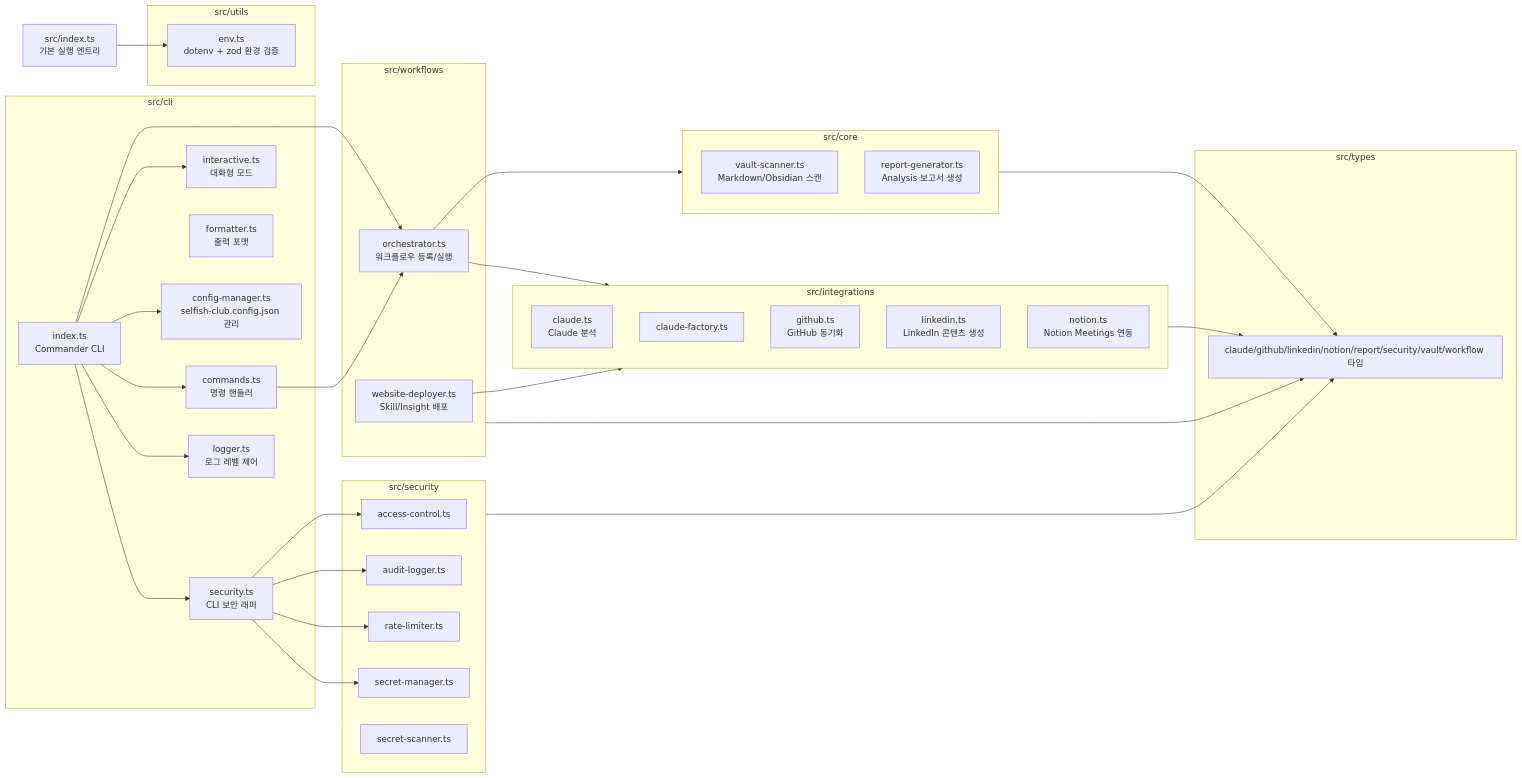
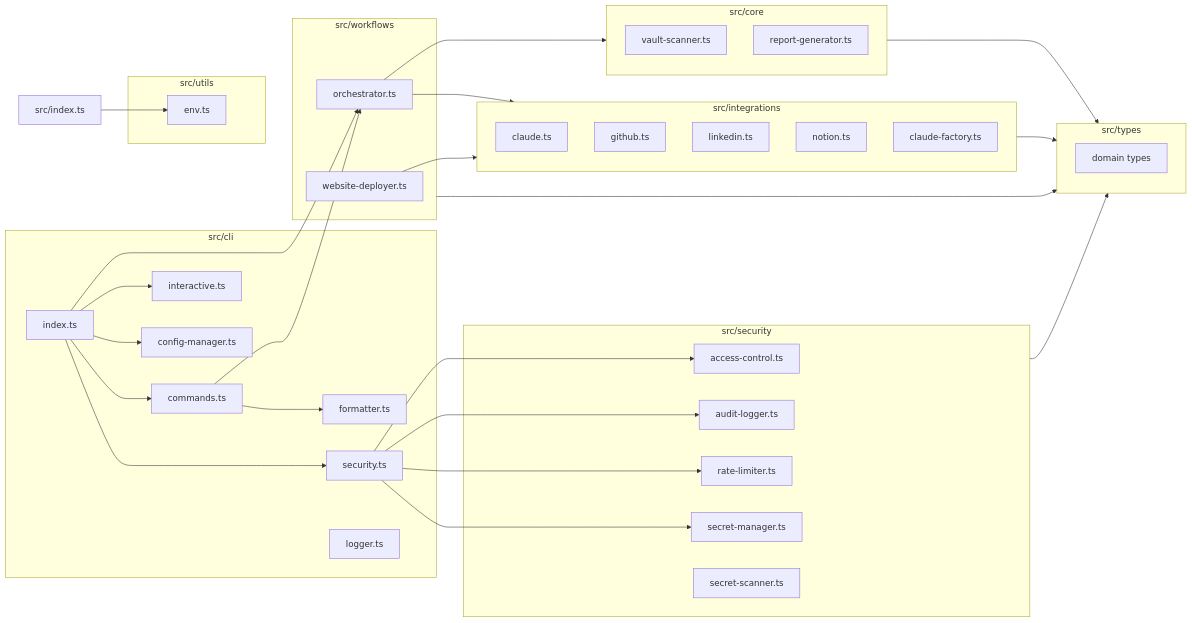
Before and after one commit to pandol69kim-bot/gitautopipe: the second of 4 diagrams in 프로젝트 전체 구조도.md, drawn with Mermaid. The commit also changed other lines of this file and 11 other files, not shown here.

First line of the commit message:
docs: Add initial project documentation including API design, ERD, flow charts, WBS, and meeting notes

````diff
--- a/프로젝트 전체 구조도.md
+++ b/프로젝트 전체 구조도.md
@@ -44,68 +35,72 @@
 ```mermaid
 flowchart LR
-  Index["src/index.ts<br/>기본 실행 엔트리"]
+  Entry["src/index.ts"]
 
   subgraph CLI["src/cli"]
-    CliIndex["index.ts<br/>Commander CLI"]
-    Commands["commands.ts<br/>명령 핸들러"]
-    Interactive["interactive.ts<br/>대화형 모드"]
-    Formatter["formatter.ts<br/>출력 포맷"]
-    ConfigManager["config-manager.ts<br/>selfish-club.config.json 관리"]
-    CliSecurity["security.ts<br/>CLI 보안 래퍼"]
-    Logger["logger.ts<br/>로그 레벨 제어"]
+    CLIIndex["index.ts"]
+    Commands["commands.ts"]
+    Interactive["interactive.ts"]
+    Formatter["formatter.ts"]
+    ConfigManager["config-manager.ts"]
+    CLISecurity["security.ts"]
+    Logger["logger.ts"]
   end
 
   subgraph Core["src/core"]
-    VaultScanner["vault-scanner.ts<br/>Markdown/Obsidian 스캔"]
-    ReportGenerator["report-generator.ts<br/>Analysis 보고서 생성"]
+    Vault["vault-scanner.ts"]
+    Report["report-generator.ts"]
   end
 
   subgraph Integrations["src/integrations"]
-    Claude["claude.ts<br/>Claude 분석"]
+    Claude["claude.ts"]
+    GitHub["github.ts"]
+    LinkedIn["linkedin.ts"]
+    Notion["notion.ts"]
     ClaudeFactory["claude-factory.ts"]
-    GitHub["github.ts<br/>GitHub 동기화"]
-    LinkedIn["linkedin.ts<br/>LinkedIn 콘텐츠 생성"]
-    Notion["notion.ts<br/>Notion Meetings 연동"]
   end
 
   subgraph Workflows["src/workflows"]
-    Orchestrator["orchestrator.ts<br/>워크플로우 등록/실행"]
-    Deployer["website-deployer.ts<br/>Skill/Insight 배포"]
+    Orchestrator["orchestrator.ts"]
+    Deployer["website-deployer.ts"]
   end
 
   subgraph Security["src/security"]
     Access["access-control.ts"]
     Audit["audit-logger.ts"]
     Rate["rate-limiter.ts"]
-    SecretManager["secret-manager.ts"]
-    SecretScanner["secret-scanner.ts"]
+    Secrets["secret-manager.ts"]
+    Scanner["secret-scanner.ts"]
   end
 
   subgraph Types["src/types"]
-    DomainTypes["claude/github/linkedin/notion/report/security/vault/workflow 타입"]
+    TypeDefs["domain types"]
   end
 
   subgraph Utils["src/utils"]
-    EnvUtil["env.ts<br/>dotenv + zod 환경 검증"]
+    EnvUtil["env.ts"]
   end
 
-  Index --> EnvUtil
-  CliIndex --> Commands
-  CliIndex --> Interactive
-  CliIndex --> ConfigManager
-  CliIndex --> CliSecurity
-  CliIndex --> Logger
-  CliIndex --> Orchestrator
+  Entry --> EnvUtil
+  CLIIndex --> Commands
+  CLIIndex --> Interactive
+  CLIIndex --> ConfigManager
+  CLIIndex --> CLISecurity
+  CLIIndex --> Orchestrator
+
   Commands --> Orchestrator
-  CliSecurity --> Access
-  CliSecurity --> Audit
-  CliSecurity --> Rate
-  CliSecurity --> SecretManager
+  Commands --> Formatter
+
+  CLISecurity --> Access
+  CLISecurity --> Audit
+  CLISecurity --> Rate
+  CLISecurity --> Secrets
+
   Orchestrator --> Core
   Orchestrator --> Integrations
   Deployer --> Integrations
-  Core --> DomainTypes
-  Integrations --> DomainTypes
-  Workflows --> DomainTypes
-  Security --> DomainTypes
+
+  Core --> Types
+  Integrations --> Types
+  Workflows --> Types
+  Security --> Types
 ```
````
